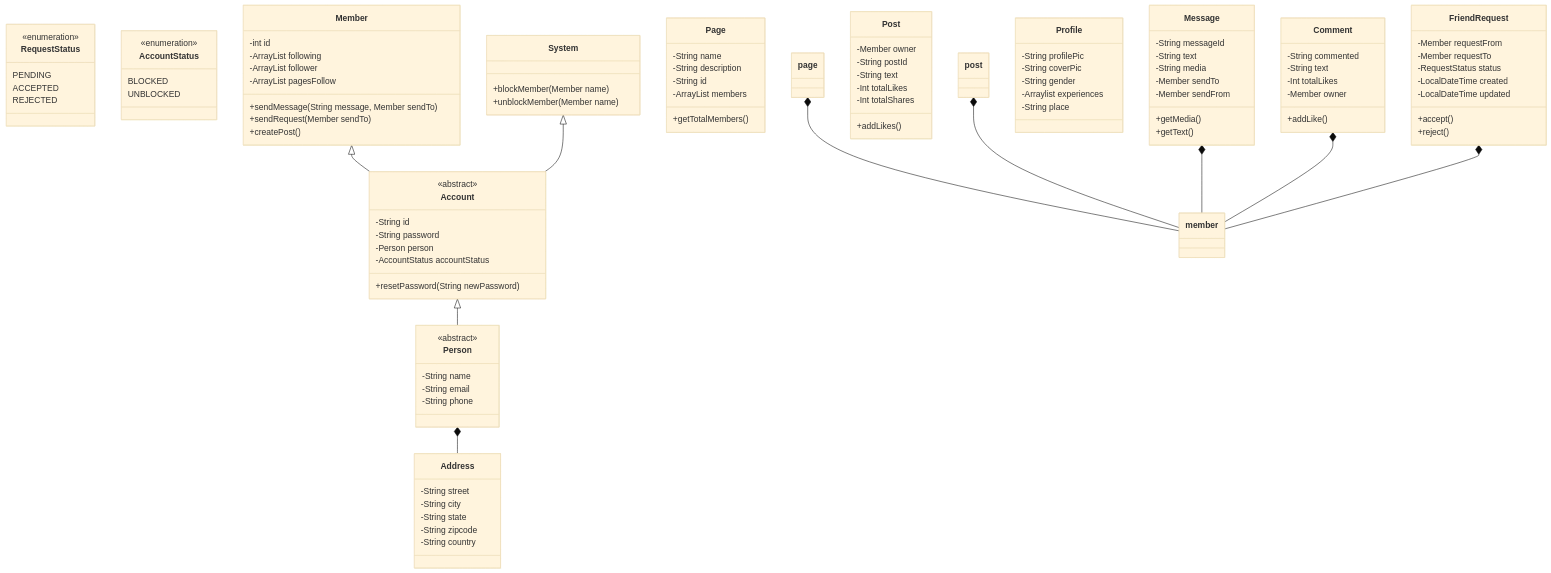
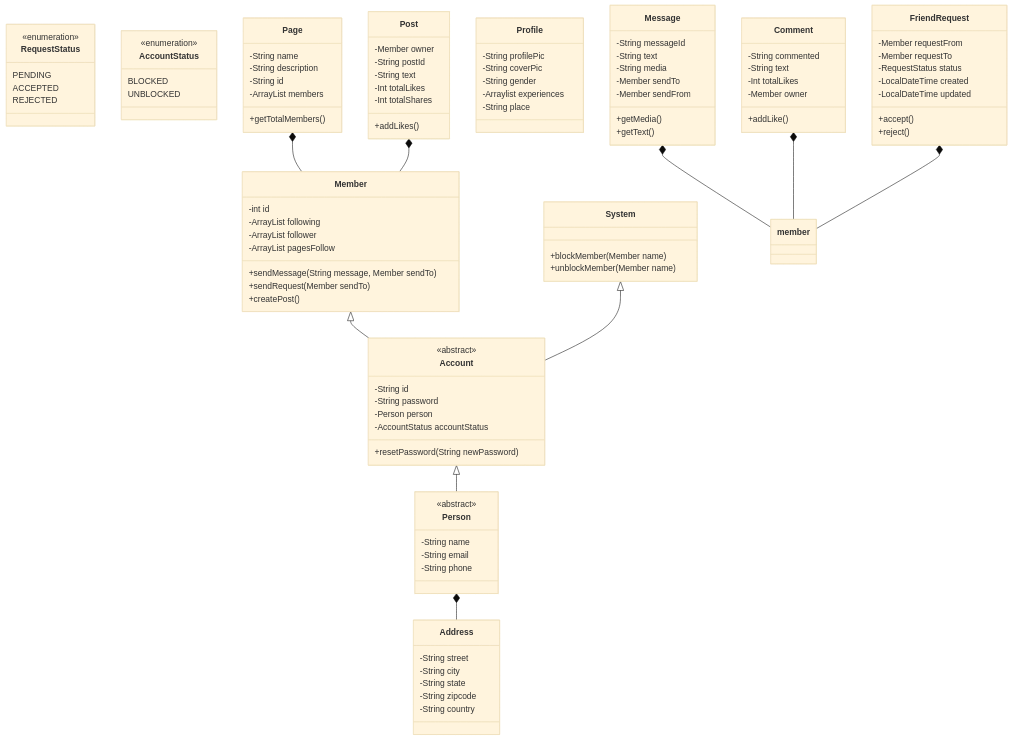
The diagram in 2. Low Level Design/LLDExamples.md (workrahul22/learning), drawn with Mermaid (base theme) before and after one commit.

```diff
--- a/2. Low Level Design/LLDExamples.md
+++ b/2. Low Level Design/LLDExamples.md
@@ -65,7 +65,7 @@
       -ArrayList<Member> members
       +getTotalMembers()
     }
-    page *-- member
+    Page *-- Member
 
     class Post {
       -Member owner
@@ -75,7 +75,7 @@
       -Int totalShares
       +addLikes()
     }
-    post *-- member
+    Post *-- Member
 
     class Profile {
       -String profilePic
```
